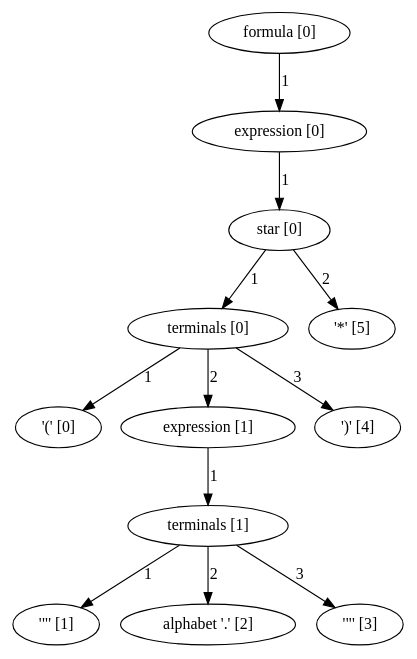
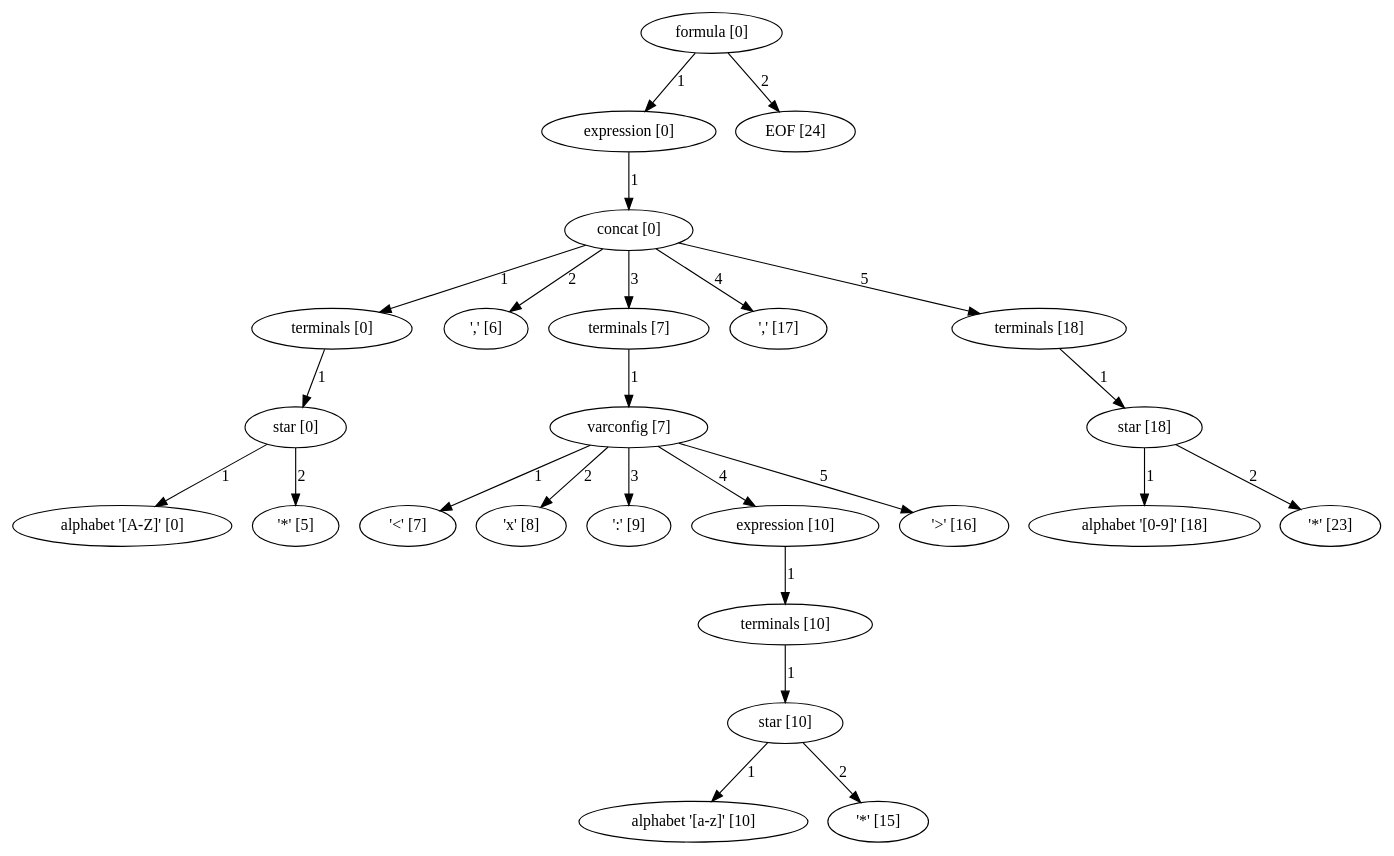
One commit to yipsimon/DocumentSpanners_MSc changed the diagram in formula_parse_tree.dot. Above: the diagram before and after it, drawn with Graphviz. The commit also changed 13 other files, not shown here.

```diff
--- a/formula_parse_tree.dot
+++ b/formula_parse_tree.dot
@@ -1,36 +1,75 @@
 digraph arpeggio_graph {
-139739028096000 [label="formula [0]"];
-139739028096000->139739028139816 [label="1"]
+139709921429432 [label="formula [0]"];
+139709921429432->139709921428344 [label="1"]
 
-139739028139816 [label="expression [0]"];
-139739028139816->139739028139680 [label="1"]
+139709921428344 [label="expression [0]"];
+139709921428344->139709921428208 [label="1"]
 
-139739028139680 [label="star [0]"];
-139739028139680->139739028139544 [label="1"]
+139709921428208 [label="concat [0]"];
+139709921428208->139709921388064 [label="1"]
 
-139739028139544 [label="terminals [0]"];
-139739028139544->139739028187512 [label="1"]
+139709921388064 [label="terminals [0]"];
+139709921388064->139709921387384 [label="1"]
 
-139739028187512 [label=" '(' [0]"];
-139739028139544->139739028139408 [label="2"]
+139709921387384 [label="star [0]"];
+139709921387384->139709930416056 [label="1"]
 
-139739028139408 [label="expression [1]"];
-139739028139408->139739028138864 [label="1"]
+139709930416056 [label="alphabet '[A-Z]' [0]"];
+139709921387384->139709930416392 [label="2"]
 
-139739028138864 [label="terminals [1]"];
-139739028138864->139739028188968 [label="1"]
+139709930416392 [label=" '*' [5]"];
+139709921428208->139709930416504 [label="2"]
 
-139739028188968 [label=" '\"' [1]"];
-139739028138864->139739028189080 [label="2"]
+139709930416504 [label=" ',' [6]"];
+139709921428208->139709921429160 [label="3"]
 
-139739028189080 [label="alphabet '.' [2]"];
-139739028138864->139739028213832 [label="3"]
+139709921429160 [label="terminals [7]"];
+139709921429160->139709921429024 [label="1"]
 
-139739028213832 [label=" '\"' [3]"];
-139739028139544->139739028213944 [label="3"]
+139709921429024 [label="varconfig [7]"];
+139709921429024->139709930415832 [label="1"]
 
-139739028213944 [label=" ')' [4]"];
-139739028139680->139739028214056 [label="2"]
+139709930415832 [label=" '<' [7]"];
+139709921429024->139709930416616 [label="2"]
 
-139739028214056 [label=" '*' [5]"];
+139709930416616 [label=" 'x' [8]"];
+139709921429024->139709930416728 [label="3"]
+
+139709930416728 [label=" ':' [9]"];
+139709921429024->139709921428888 [label="4"]
+
+139709921428888 [label="expression [10]"];
+139709921428888->139709921428752 [label="1"]
+
+139709921428752 [label="terminals [10]"];
+139709921428752->139709921428616 [label="1"]
+
+139709921428616 [label="star [10]"];
+139709921428616->139709930417512 [label="1"]
+
+139709930417512 [label="alphabet '[a-z]' [10]"];
+139709921428616->139709930417736 [label="2"]
+
+139709930417736 [label=" '*' [15]"];
+139709921429024->139709930417624 [label="5"]
+
+139709930417624 [label=" '>' [16]"];
+139709921428208->139709930417848 [label="4"]
+
+139709930417848 [label=" ',' [17]"];
+139709921428208->139709921428480 [label="5"]
+
+139709921428480 [label="terminals [18]"];
+139709921428480->139709921387520 [label="1"]
+
+139709921387520 [label="star [18]"];
+139709921387520->139709930417400 [label="1"]
+
+139709930417400 [label="alphabet '[0-9]' [18]"];
+139709921387520->139709930417176 [label="2"]
+
+139709930417176 [label=" '*' [23]"];
+139709921429432->139709930417288 [label="2"]
+
+139709930417288 [label="EOF [24]"];
 }
```
